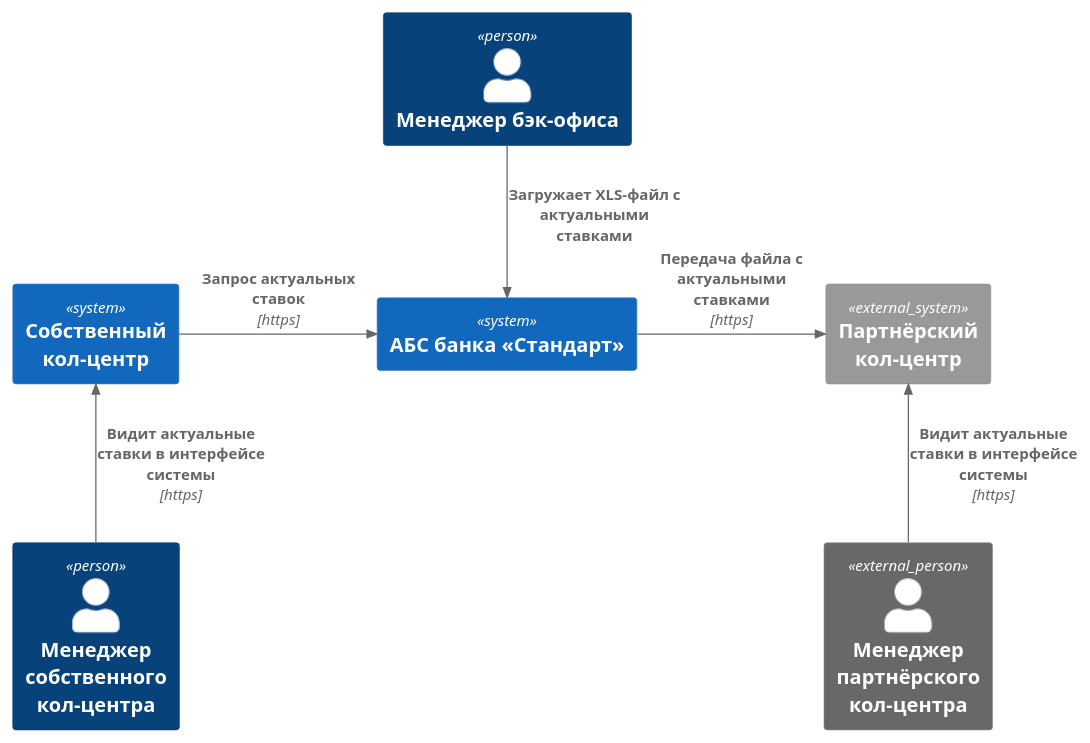
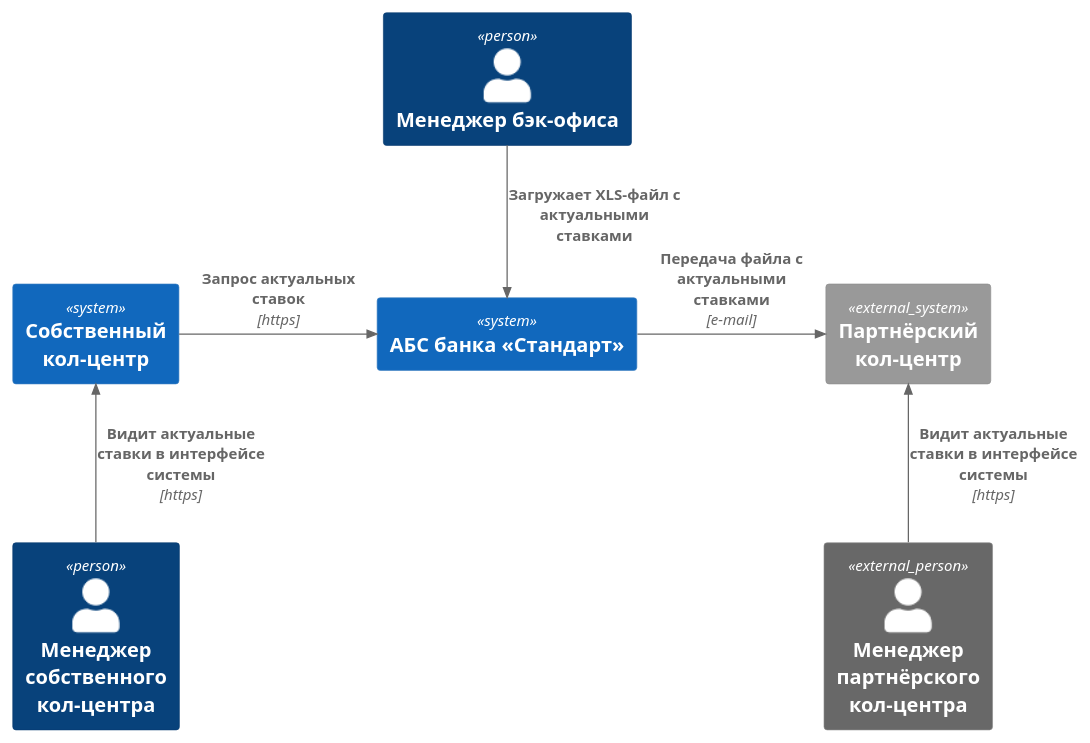
Before and after one commit to SergG-practicum/architecture-sprint-9: the diagram in Task4/c4-context.puml, drawn with PlantUML. The commit also changed 7 other files, not shown here.

```diff
--- a/Task4/c4-context.puml
+++ b/Task4/c4-context.puml
@@ -1,20 +1,20 @@
 @startuml Update deposit rates MVP
 !include https://raw.githubusercontent.com/plantuml-stdlib/C4-PlantUML/master/C4_Context.puml
 
 Person(manager_back, "Менеджер бэк-офиса")
 Person(manager_call, "Менеджер собственного кол-центра")
 Person_Ext(manager_call_ext, "Менеджер партнёрского кол-центра")
 
 System(bank, "АБС банка «Стандарт»")
 System(call, "Собственный кол-центр")
 System_Ext(call_ext, "Партнёрский кол-центр")
 
 Rel_D(manager_back, bank, "Загружает XLS-файл с актуальными ставками", "")
 
 Rel_R(call, bank, "Запрос актуальных ставок", "https")
 Rel_U(manager_call, call, "Видит актуальные ставки в интерфейсе системы", "https")
 
-Rel_R(bank, call_ext, "Передача файла с актуальными ставками", "https")
+Rel_R(bank, call_ext, "Передача файла с актуальными ставками", "e-mail")
 Rel_U(manager_call_ext, call_ext, "Видит актуальные ставки в интерфейсе системы", "https")
 
 @enduml
```
